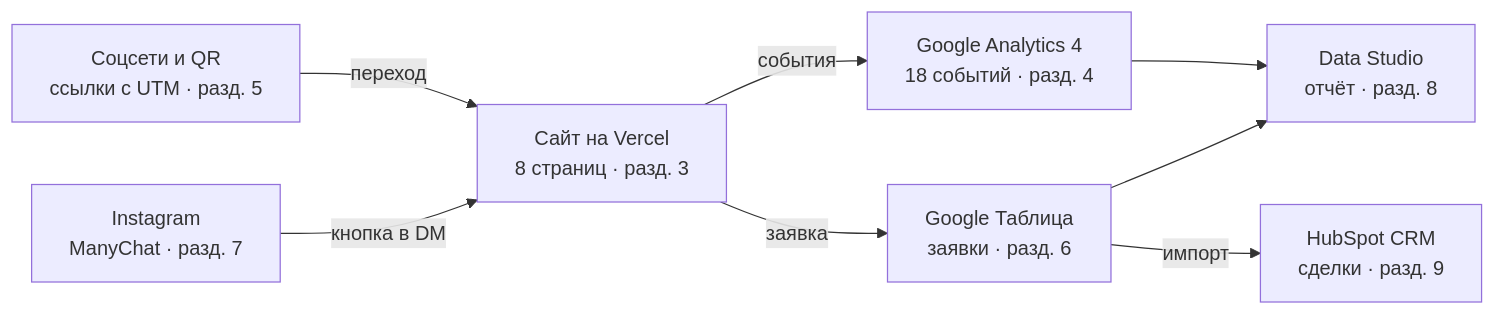
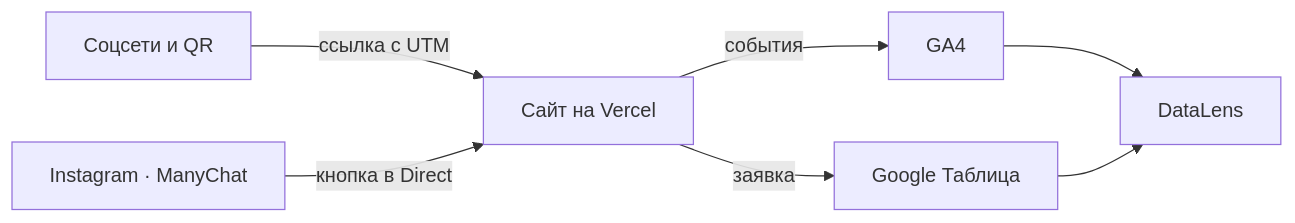
Before and after one commit to nikaxzzl/Information_Technolog: the diagram in kursovaya_rabota/shablon_opisanie.md, drawn with Mermaid. The commit also changed other lines of this file and 1 other file, not shown here.

````diff
--- a/kursovaya_rabota/shablon_opisanie.md
+++ b/kursovaya_rabota/shablon_opisanie.md
@@ -29,11 +34,9 @@
 ```mermaid
 flowchart LR
-  soc[Соцсети и QR<br>ссылки с UTM · разд. 5] -->|переход| site[Сайт на Vercel<br>8 страниц · разд. 3]
-  ig[Instagram<br>ManyChat · разд. 7] -->|кнопка в DM| site
-  site -->|события| ga[Google Analytics 4<br>18 событий · разд. 4]
-  site -->|заявка| sh[Google Таблица<br>заявки · разд. 6]
-  ga --> ds[Data Studio<br>отчёт · разд. 8]
-  sh --> ds
-  sh -->|импорт| crm[HubSpot CRM<br>сделки · разд. 9]
-
+  soc[Соцсети и QR] -->|ссылка с UTM| site[Сайт на Vercel]
+  ig[Instagram · ManyChat] -->|кнопка в Direct| site
+  site -->|события| ga[GA4]
+  site -->|заявка| sh[Google Таблица]
+  ga --> dl[DataLens]
+  sh --> dl
 ```
````
